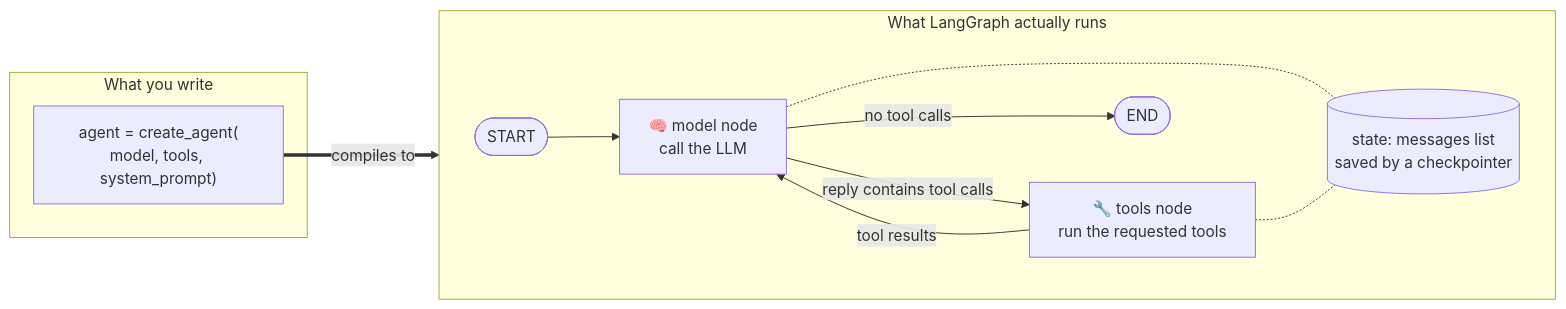
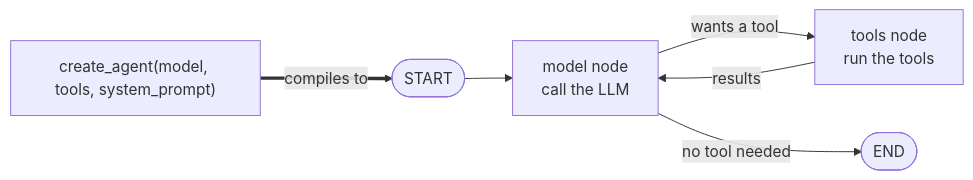
One commit to shivashankarhatkar/GraphSmith- changed the fourth of 7 diagrams in notes/module-0.0.md. Above: the diagram before and after it, drawn with Mermaid. The commit also changed other lines of this file, not shown here.

````diff
--- a/notes/module-0.0.md
+++ b/notes/module-0.0.md
@@ -225,17 +129,8 @@
 ```mermaid
 flowchart LR
-    subgraph ONE["What you write"]
-        CODE["agent = create_agent(<br/>model, tools, system_prompt)"]
-    end
-    subgraph GRAPH["What LangGraph actually runs"]
-        direction LR
-        S(["START"]) --> MN["🧠 model node<br/>call the LLM"]
-        MN -->|"reply contains tool calls"| TN["🔧 tools node<br/>run the requested tools"]
-        TN -->|"tool results"| MN
-        MN -->|"no tool calls"| E(["END"])
-        STATE[("state: messages list<br/>saved by a checkpointer")]
-        MN -.- STATE
-        TN -.- STATE
-    end
-    CODE ==>|"compiles to"| S
+    CODE["create_agent(model, tools, system_prompt)"] ==>|"compiles to"| S(["START"])
+    S --> MN["model node<br/>call the LLM"]
+    MN -->|"wants a tool"| TN["tools node<br/>run the tools"]
+    TN -->|"results"| MN
+    MN -->|"no tool needed"| E(["END"])
 ```
````
